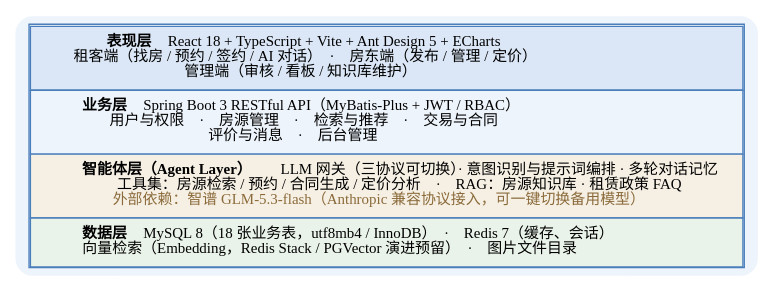
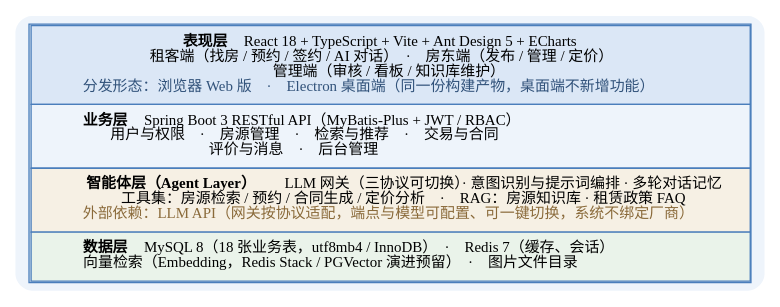
One commit to chuanshanjia666/RentAgent changed the diagram in doc/01.需求定义/assets/figures/fig_5_2_arch.dot. Above: the diagram before and after it, drawn with Graphviz. The commit also changed 85 other files, not shown here.

```diff
--- a/doc/01.需求定义/assets/figures/fig_5_2_arch.dot
+++ b/doc/01.需求定义/assets/figures/fig_5_2_arch.dot
@@ -1,43 +1,44 @@
 digraph {
 
   graph [fontname="Microsoft YaHei", bgcolor="white", margin=0.15];
   node  [fontname="Microsoft YaHei", fontsize=11, shape=box, style="filled,rounded",
          fillcolor="#eef4fb", color="#4a7ebb", penwidth=1.1, margin="0.14,0.09"];
   edge  [fontname="Microsoft YaHei", fontsize=9, color="#5c5c5c", penwidth=1.0, arrowsize=0.7];
 
   rankdir=TB;
   ranksep=0.5;
   node [shape=plaintext, fontname="Microsoft YaHei", fontsize=11];
 
   arch [label=<
     <TABLE BORDER="1" CELLBORDER="1" CELLSPACING="0" CELLPADDING="6"
            COLOR="#4a7ebb" BGCOLOR="white">
       <TR>
         <TD COLSPAN="2" ALIGN="LEFT" BGCOLOR="#dbe7f6">
           <B>表现层</B>　React 18 + TypeScript + Vite + Ant Design 5 + ECharts<br/>
           租客端（找房 / 预约 / 签约 / AI 对话）　·　房东端（发布 / 管理 / 定价）<br/>
-          管理端（审核 / 看板 / 知识库维护）
+          管理端（审核 / 看板 / 知识库维护）<br/>
+          <FONT COLOR="#31527a">分发形态：浏览器 Web 版　·　Electron 桌面端（同一份构建产物，桌面端不新增功能）</FONT>
         </TD>
       </TR>
       <TR>
         <TD COLSPAN="2" ALIGN="LEFT" BGCOLOR="#eef4fb">
           <B>业务层</B>　Spring Boot 3 RESTful API（MyBatis-Plus + JWT / RBAC）<br/>
           用户与权限　·　房源管理　·　检索与推荐　·　交易与合同<br/>
           评价与消息　·　后台管理
         </TD>
       </TR>
       <TR>
         <TD COLSPAN="2" ALIGN="LEFT" BGCOLOR="#f6f0e4">
           <B>智能体层（Agent Layer）</B>　LLM 网关（三协议可切换）· 意图识别与提示词编排 · 多轮对话记忆<br/>
           工具集：房源检索 / 预约 / 合同生成 / 定价分析　·　RAG：房源知识库 · 租赁政策 FAQ<br/>
-          <FONT COLOR="#8a6a3a">外部依赖：智谱 GLM-5.3-flash（Anthropic 兼容协议接入，可一键切换备用模型）</FONT>
+          <FONT COLOR="#8a6a3a">外部依赖：LLM API（网关按协议适配，端点与模型可配置、可一键切换，系统不绑定厂商）</FONT>
         </TD>
       </TR>
       <TR>
         <TD COLSPAN="2" ALIGN="LEFT" BGCOLOR="#eaf3ea">
           <B>数据层</B>　MySQL 8（18 张业务表，utf8mb4 / InnoDB）　·　Redis 7（缓存、会话）<br/>
           向量检索（Embedding，Redis Stack / PGVector 演进预留）　·　图片文件目录
         </TD>
       </TR>
     </TABLE>>];
 }
```
